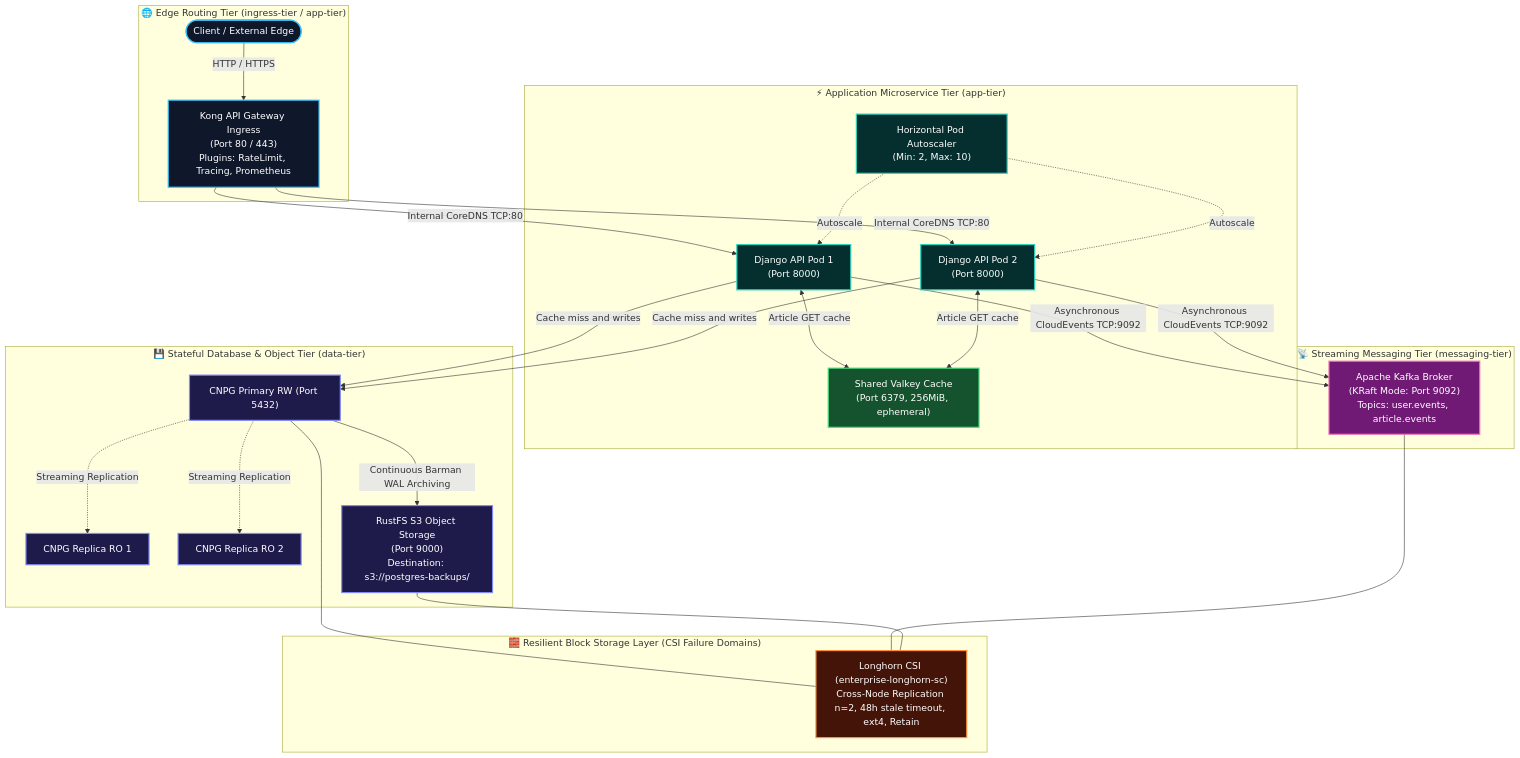
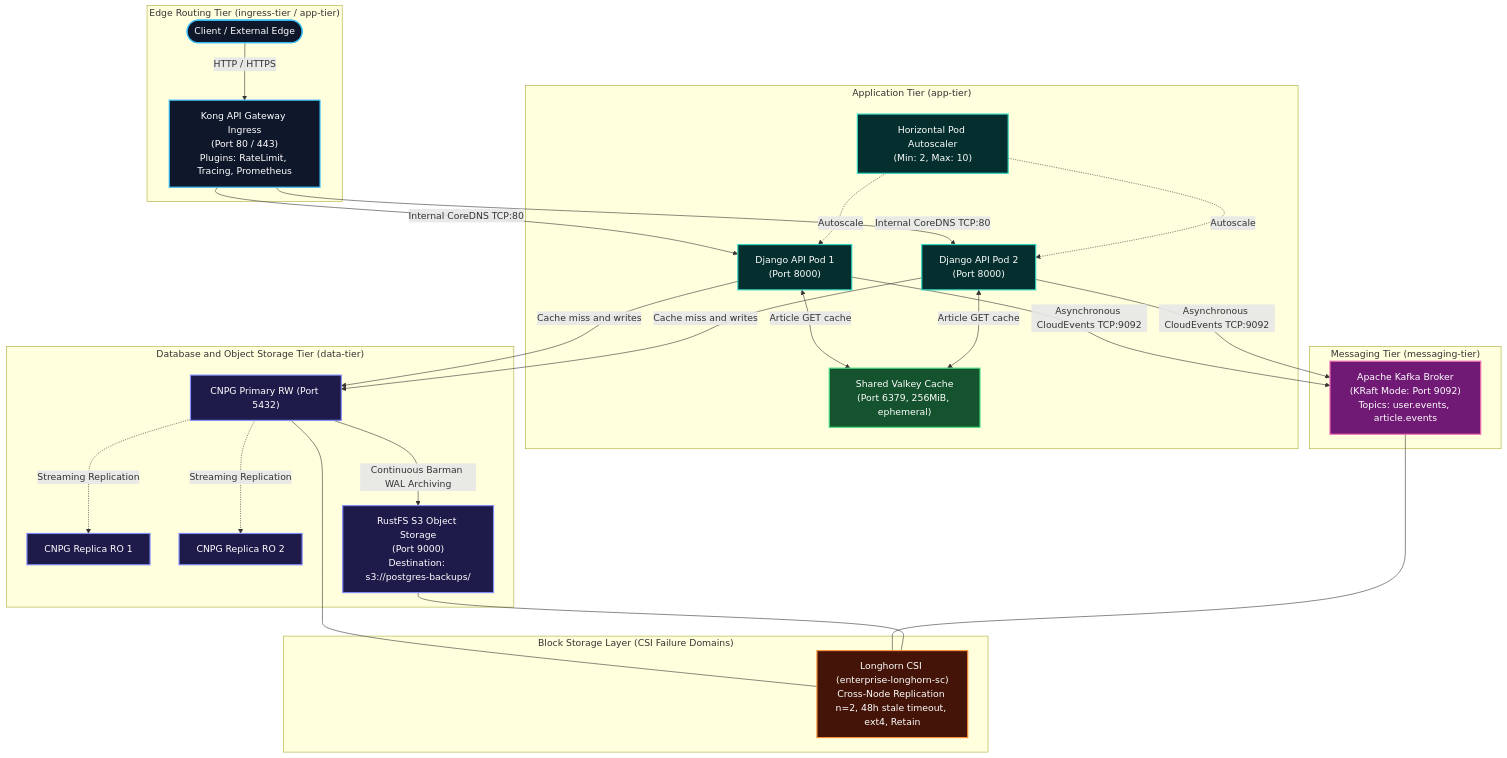
The first of 5 diagrams in README.md (abdelkderboukert/cloud-native-resilient-blueprint), drawn with Mermaid before and after one commit. The commit also changed other lines of this file and 21 other files, not shown here.

````diff
--- a/README.md
+++ b/README.md
@@ -38,62 +38,62 @@
 ```mermaid
 flowchart TD
-    subgraph EdgeTier["🌐 Edge Routing Tier (ingress-tier / app-tier)"]
+    subgraph EdgeTier["Edge Routing Tier (ingress-tier / app-tier)"]
         User(["Client / External Edge"])
         Kong["Kong API Gateway Ingress<br/>(Port 80 / 443)<br/>Plugins: RateLimit, Tracing, Prometheus"]
         User -->|HTTP / HTTPS| Kong
     end
 
-    subgraph AppTier["⚡ Application Microservice Tier (app-tier)"]
+    subgraph AppTier["Application Tier (app-tier)"]
         Django1["Django API Pod 1<br/>(Port 8000)"]
         Django2["Django API Pod 2<br/>(Port 8000)"]
         Cache["Shared Valkey Cache<br/>(Port 6379, 256MiB, ephemeral)"]
         HPA["Horizontal Pod Autoscaler<br/>(Min: 2, Max: 10)"]
         Kong -->|Internal CoreDNS TCP:80| Django1
         Kong -->|Internal CoreDNS TCP:80| Django2
         Django1 <-->|Article GET cache| Cache
         Django2 <-->|Article GET cache| Cache
         HPA -. Autoscale .-> Django1
         HPA -. Autoscale .-> Django2
     end
 
-    subgraph MessagingTier["📡 Streaming Messaging Tier (messaging-tier)"]
+    subgraph MessagingTier["Messaging Tier (messaging-tier)"]
         Kafka["Apache Kafka Broker<br/>(KRaft Mode: Port 9092)<br/>Topics: user.events, article.events"]
         Django1 -->|Asynchronous CloudEvents TCP:9092| Kafka
         Django2 -->|Asynchronous CloudEvents TCP:9092| Kafka
     end
 
-    subgraph DataTier["💾 Stateful Database & Object Tier (data-tier)"]
+    subgraph DataTier["Database and Object Storage Tier (data-tier)"]
         CNPG_RW["CNPG Primary RW (Port 5432)"]
         CNPG_RO1["CNPG Replica RO 1"]
         CNPG_RO2["CNPG Replica RO 2"]
         RustFS["RustFS S3 Object Storage<br/>(Port 9000)<br/>Destination: s3://postgres-backups/"]
 
         Django1 -->|Cache miss and writes| CNPG_RW
         Django2 -->|Cache miss and writes| CNPG_RW
 
         CNPG_RW -. Streaming Replication .-> CNPG_RO1
         CNPG_RW -. Streaming Replication .-> CNPG_RO2
         CNPG_RW -->|Continuous Barman WAL Archiving| RustFS
     end
 
-    subgraph StorageTier["🧱 Resilient Block Storage Layer (CSI Failure Domains)"]
+    subgraph StorageTier["Block Storage Layer (CSI Failure Domains)"]
         Longhorn["Longhorn CSI (enterprise-longhorn-sc)<br/>Cross-Node Replication n=2, 48h stale timeout, ext4, Retain"]
         CNPG_RW --- Longhorn
         Kafka --- Longhorn
         RustFS --- Longhorn
     end
 
     classDef edge fill:#0f172a,stroke:#38bdf8,stroke-width:2px,color:#fff;
     classDef app fill:#042f2e,stroke:#2dd4bf,stroke-width:2px,color:#fff;
     classDef cache fill:#14532d,stroke:#4ade80,stroke-width:2px,color:#fff;
     classDef data fill:#1e1b4b,stroke:#818cf8,stroke-width:2px,color:#fff;
     classDef msg fill:#701a75,stroke:#f472b6,stroke-width:2px,color:#fff;
     classDef storage fill:#431407,stroke:#fb923c,stroke-width:2px,color:#fff;
 
     class User,Kong edge;
     class Django1,Django2,HPA app;
     class Cache cache;
     class CNPG_RW,CNPG_RO1,CNPG_RO2,RustFS data;
     class Kafka msg;
     class Longhorn storage;
 ```
````
